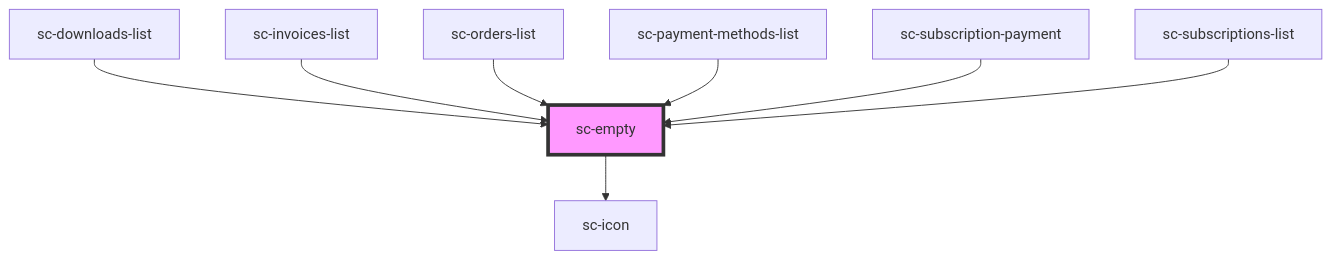
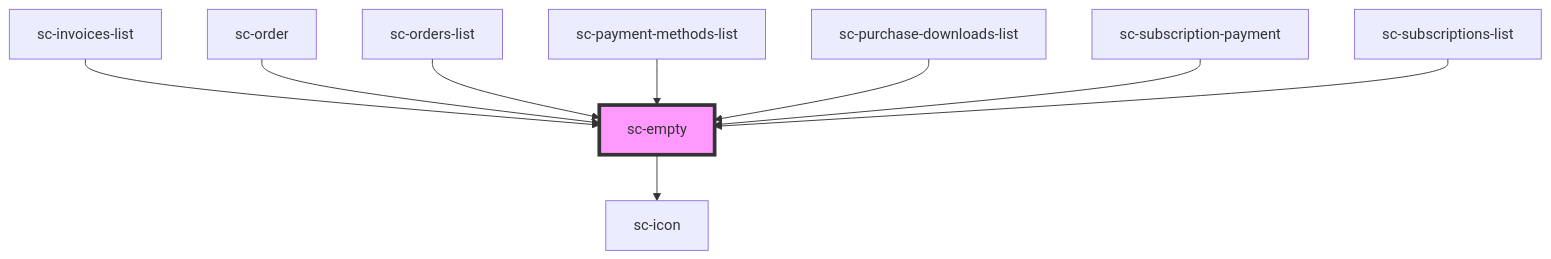
The diagram in packages/components/src/components/ui/empty/readme.md (surecart/surecart-wp-plugin), drawn with Mermaid before and after one commit. The commit also changed other lines of this file and 68 other files, not shown here.

````diff
--- a/packages/components/src/components/ui/empty/readme.md
+++ b/packages/components/src/components/ui/empty/readme.md
@@ -31,11 +32,12 @@
 ```mermaid
 graph TD;
   sc-empty --> sc-icon
-  sc-downloads-list --> sc-empty
   sc-invoices-list --> sc-empty
+  sc-order --> sc-empty
   sc-orders-list --> sc-empty
   sc-payment-methods-list --> sc-empty
+  sc-purchase-downloads-list --> sc-empty
   sc-subscription-payment --> sc-empty
   sc-subscriptions-list --> sc-empty
   style sc-empty fill:#f9f,stroke:#333,stroke-width:4px
 ```
````
